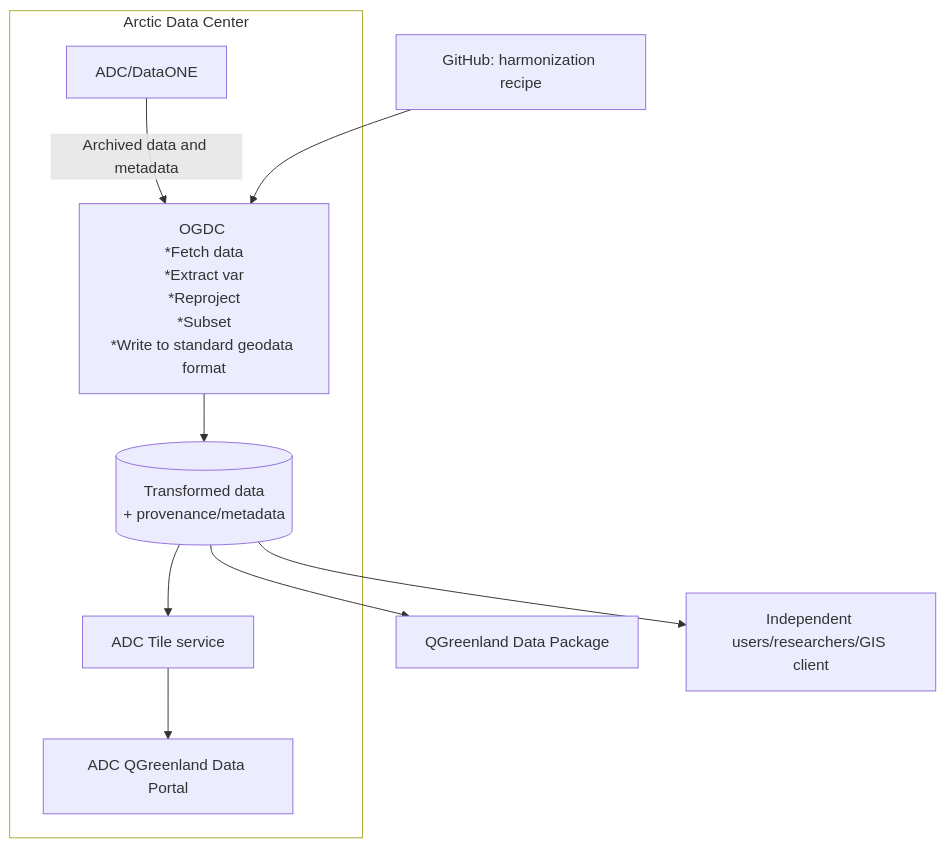
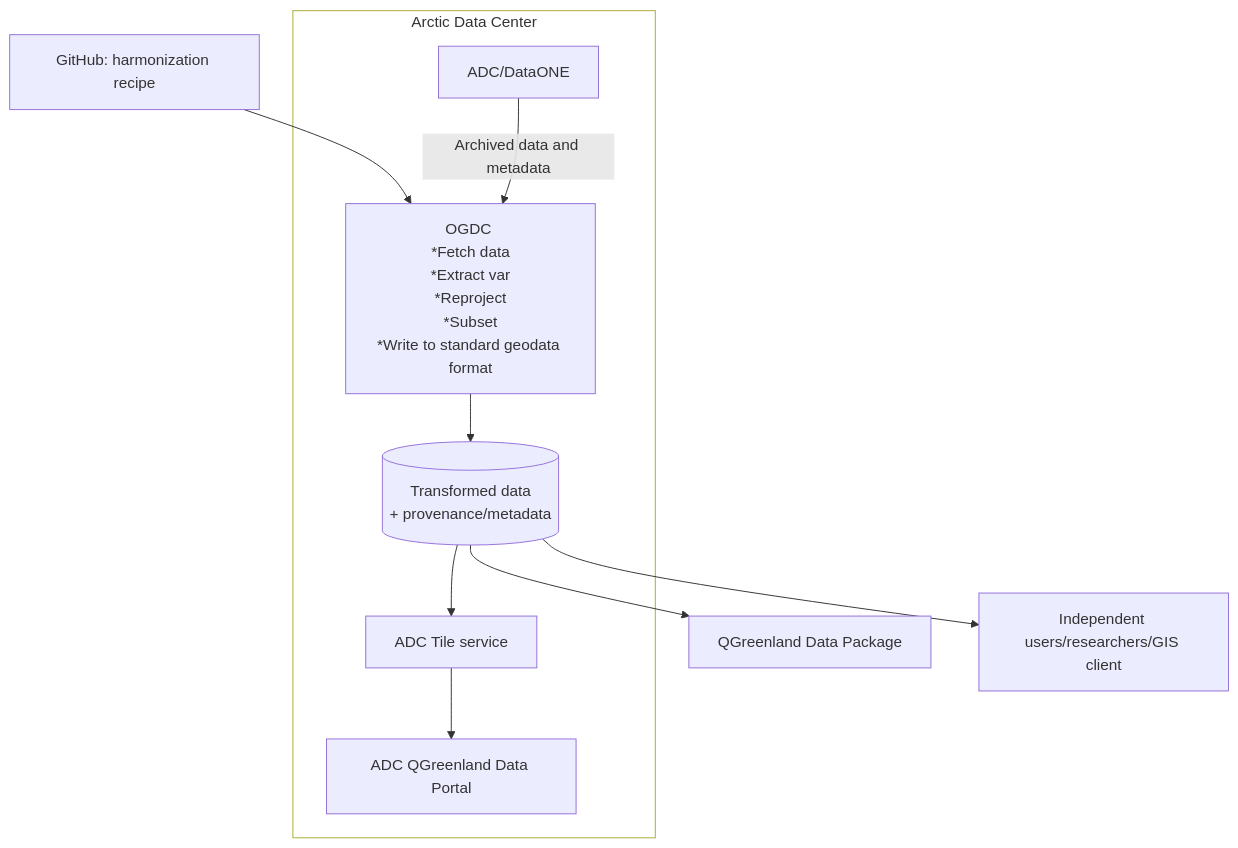
The diagram in diagrams/high-level-architecture.qmd (QGreenland-Net/qgreenland-net.github.io), drawn with Mermaid before and after one commit.

Commit message:
Finish separating node definitions from link definitions

````diff
--- a/diagrams/high-level-architecture.qmd
+++ b/diagrams/high-level-architecture.qmd
@@ -9,18 +9,23 @@
 ```{mermaid}
 flowchart TD
+  RECIPE --> OGDC
+  DATA_STORE --> QGR
+  DATA_STORE --> OTHER_CONSUMERS
+  ADC[ADC/DataONE]
+  OGDC[OGDC </br>*Fetch data</br>*Extract var</br>*Reproject</br>*Subset</br>*Write to standard geodata format]
+  DATA_STORE[(Transformed data</br> + provenance/metadata)]
+  TILE_SERVICE[ADC Tile service]
+  WEB_PORTAL[ADC QGreenland Data Portal]
+  RECIPE[GitHub: harmonization recipe]
+  QGR[QGreenland Data Package]
+  OTHER_CONSUMERS[Independent users/researchers/GIS client]
+
   subgraph ADC_SYSTEM[Arctic Data Center]
     ADC -->|Archived data and metadata| OGDC
-    OGDC --> DATA_STORE[(Transformed data</br> + provenance/metadata)]
-    DATA_STORE --> TILE_SERVICE[ADC Tile service]
-    TILE_SERVICE --> WEB_PORTAL[ADC QGreenland Data Portal]
+    OGDC --> DATA_STORE
+    DATA_STORE --> TILE_SERVICE
+    TILE_SERVICE --> WEB_PORTAL
   end
-
-  RECIPE[GitHub: harmonization recipe] --> OGDC
-  DATA_STORE --> QGR[QGreenland Data Package]
-  DATA_STORE --> OTHER[Independent users/researchers/GIS client]
-
-  ADC[ADC/DataONE]
-  OGDC[OGDC </br>*Fetch data</br>*Extract var</br>*Reproject</br>*Subset</br>*Write to standard geodata format]
 
   style ADC_SYSTEM fill:#FFFFFF;
 ```
````
